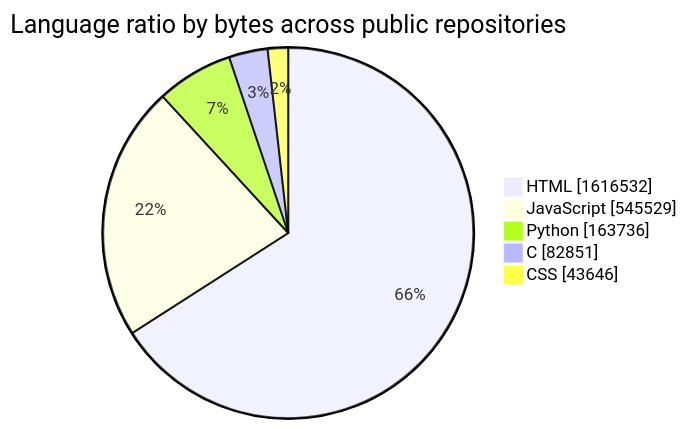
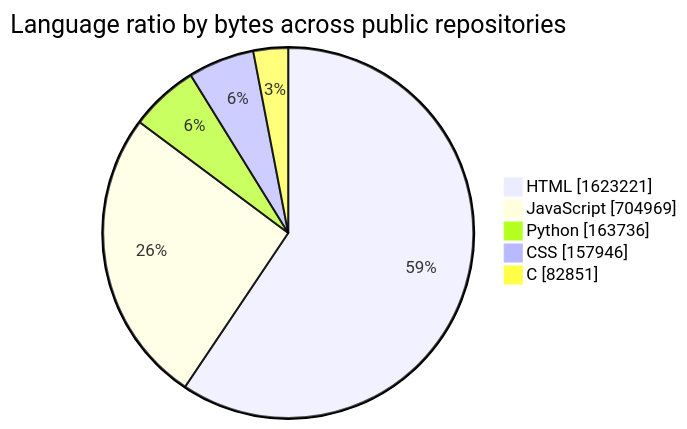
One commit to tchinso/tchinso changed the first of 2 diagrams in README.md. Above: the diagram before and after it, drawn with Mermaid. The commit also changed other lines of this file, not shown here.

````diff
--- a/README.md
+++ b/README.md
@@ -21,9 +21,9 @@
 ```mermaid
 pie showData
     title Language ratio by bytes across public repositories
-    "HTML" : 1616532
-    "JavaScript" : 545529
+    "HTML" : 1623221
+    "JavaScript" : 704969
     "Python" : 163736
+    "CSS" : 157946
     "C" : 82851
-    "CSS" : 43646
 ```
````
